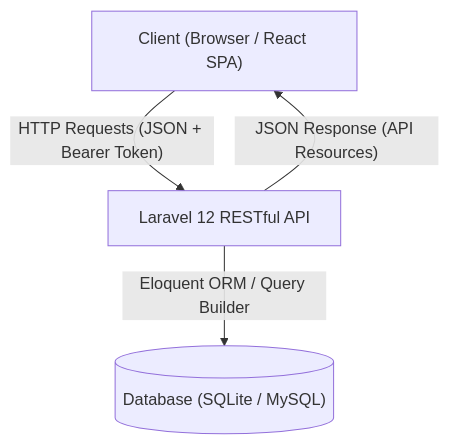
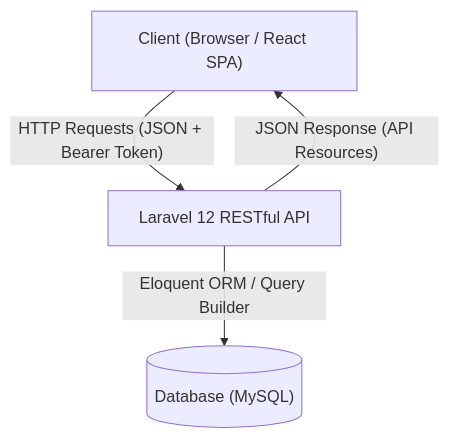
The first of 3 diagrams in README.md (th4nhc0n999/Mini-Project-IS207), drawn with Mermaid before and after one commit. The commit also changed other lines of this file and 33 other files, not shown here.

Commit message:
chore(database): add initial database schema

````diff
--- a/README.md
+++ b/README.md
@@ -50,10 +50,10 @@
 ```mermaid
 graph TD
     Client["Client (Browser / React SPA)"] 
     API["Laravel 12 RESTful API"]
-    DB[("Database (SQLite / MySQL)")]
+      DB[("Database (MySQL)")]
 
     Client -- "HTTP Requests (JSON + Bearer Token)" --> API
     API -- "JSON Response (API Resources)" --> Client
     API -- "Eloquent ORM / Query Builder" --> DB
 ```
````
